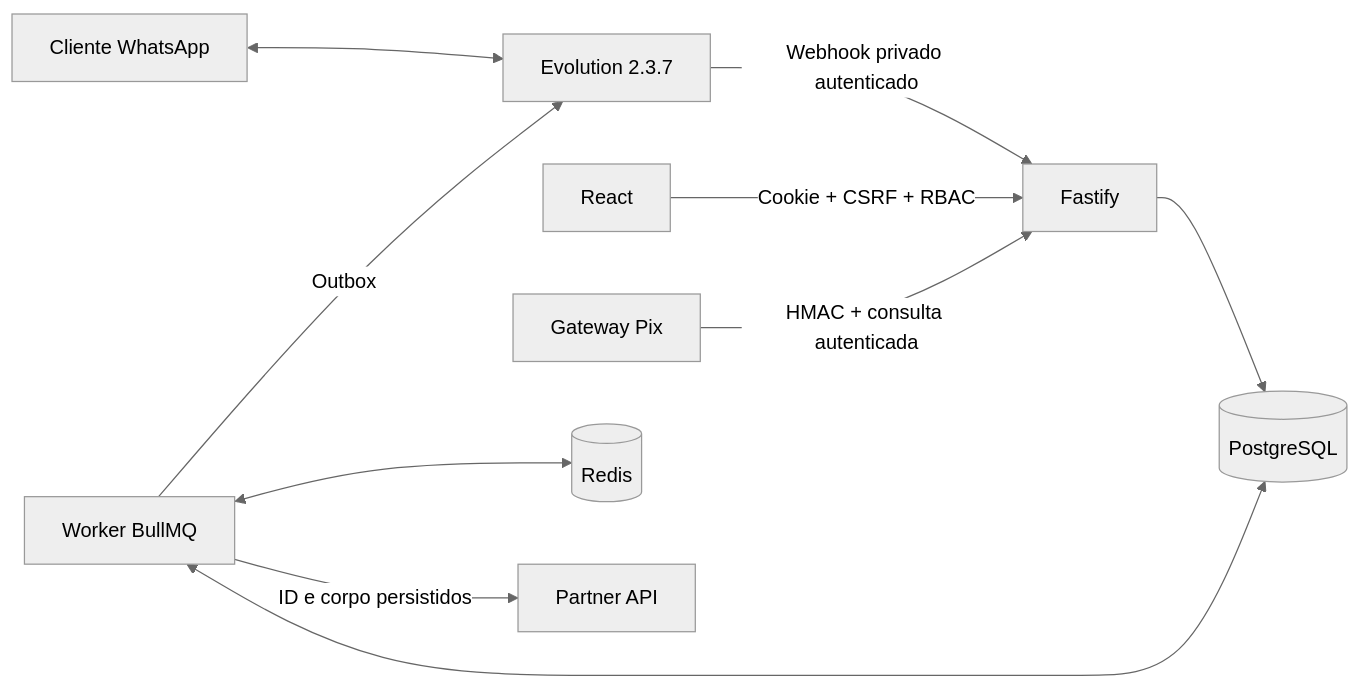
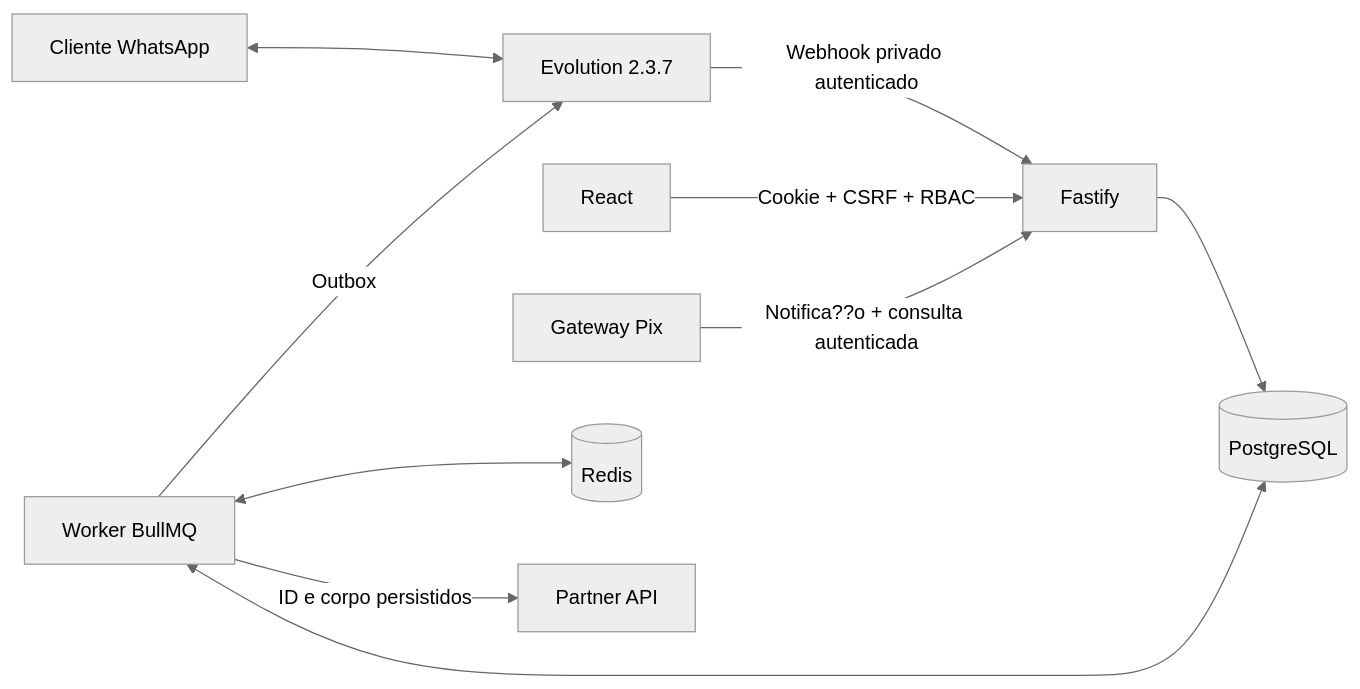
The first of 2 diagrams in docs/ARQUITETURA.md (gilprodz69-lgtm/revenda-whatsapp), drawn with Mermaid (neutral theme) before and after one commit. The commit also changed 26 other files, not shown here.

````diff
--- a/docs/ARQUITETURA.md
+++ b/docs/ARQUITETURA.md
@@ -9,12 +9,12 @@
 ```mermaid
 flowchart LR
   Cliente[Cliente WhatsApp] <--> Evolution[Evolution 2.3.7]
   Evolution -->|Webhook privado autenticado| API[Fastify]
   Painel[React] -->|Cookie + CSRF + RBAC| API
-  Gateway[Gateway Pix] -->|HMAC + consulta autenticada| API
+  Gateway[Gateway Pix] -->|Notifica??o + consulta autenticada| API
   API --> DB[(PostgreSQL)]
   Worker[Worker BullMQ] <--> DB
   Worker <--> Redis[(Redis)]
   Worker -->|ID e corpo persistidos| Partner[Partner API]
   Worker -->|Outbox| Evolution
 ```
````
